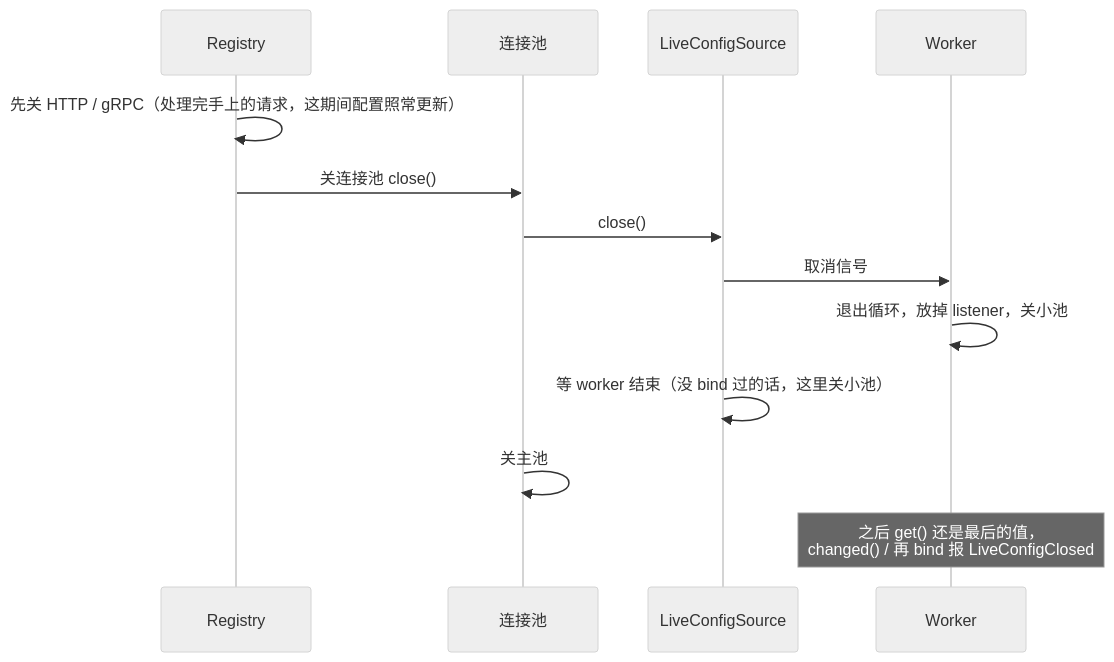
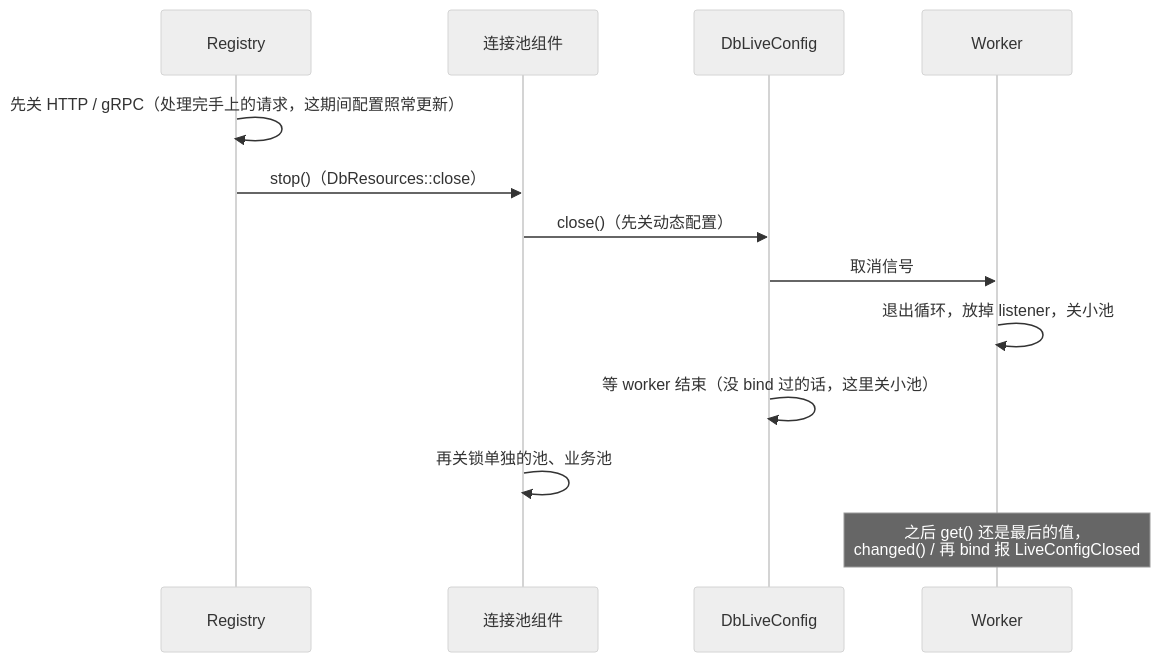
Before and after one commit to tpxxwz/hygiea: the seventh of 7 diagrams in docs/design/live-config.md, drawn with Mermaid (neutral theme). The commit also changed other lines of this file and 47 other files, not shown here.

First line of the commit message:
feat(db): 锁、动态配置组件化：uses 位掩码 + 泛型组件 DbComponent，资源 DbLock / DbLiveConfig

````diff
--- a/docs/design/live-config.md
+++ b/docs/design/live-config.md
@@ -315,16 +322,16 @@
 ```mermaid
 sequenceDiagram
     participant R as Registry
-    participant P as 连接池
-    participant Src as LiveConfigSource
+    participant P as 连接池组件
+    participant Src as DbLiveConfig
     participant W as Worker
 
     R->>R: 先关 HTTP / gRPC（处理完手上的请求，这期间配置照常更新）
-    R->>P: 关连接池 close()
-    P->>Src: close()
+    R->>P: stop()（DbResources::close）
+    P->>Src: close()（先关动态配置）
     Src->>W: 取消信号
     W->>W: 退出循环，放掉 listener，关小池
     Src->>Src: 等 worker 结束（没 bind 过的话，这里关小池）
-    P->>P: 关主池
+    P->>P: 再关锁单独的池、业务池
     Note over W: 之后 get() 还是最后的值，<br/>changed() / 再 bind 报 LiveConfigClosed
 ```
````
